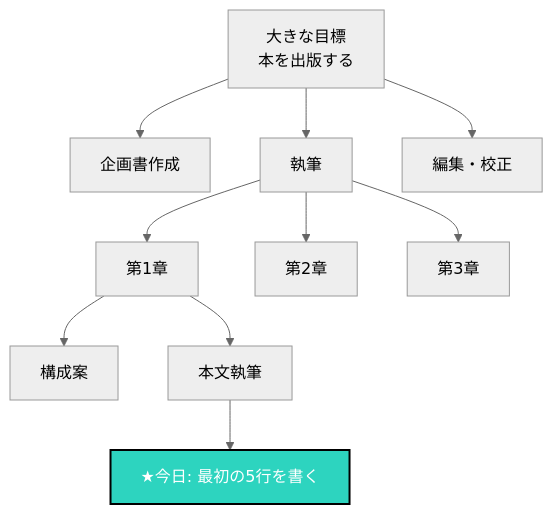
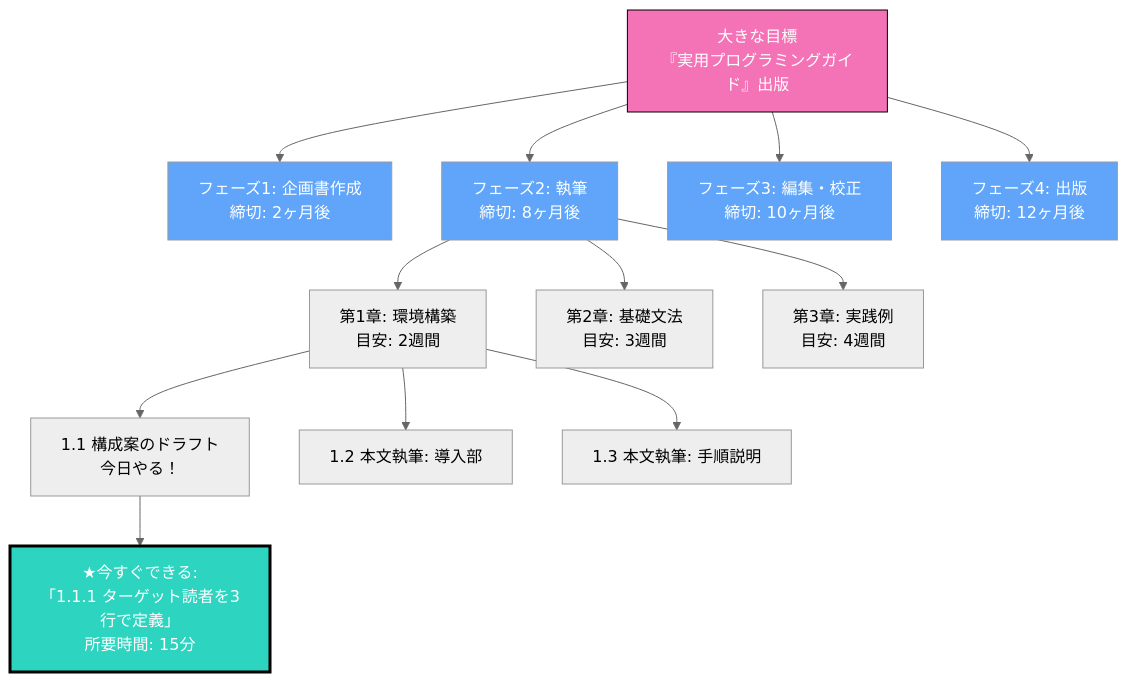
The diagram in content/blog/195-chunk-down.md (tndg16-bot/portfolio-site), drawn with Mermaid (neutral theme) before and after one commit. The commit also changed other lines of this file and 19 other files, not shown here.

````diff
--- a/content/blog/195-chunk-down.md
+++ b/content/blog/195-chunk-down.md
@@ -30,19 +33,26 @@
 ```mermaid
 graph TD
-    Big[大きな目標<br>本を出版する]
+    Big[大きな目標<br/>『実用プログラミングガイド』出版]
     
-    Big --> M1[企画書作成]
-    Big --> M2[執筆]
-    Big --> M3[編集・校正]
+    Big --> M1[フェーズ1: 企画書作成<br/>締切: 2ヶ月後]
+    Big --> M2[フェーズ2: 執筆<br/>締切: 8ヶ月後]
+    Big --> M3[フェーズ3: 編集・校正<br/>締切: 10ヶ月後]
+    Big --> M4[フェーズ4: 出版<br/>締切: 12ヶ月後]
     
-    M2 --> T1[第1章]
-    M2 --> T2[第2章]
-    M2 --> T3[第3章]
+    M2 --> T1[第1章: 環境構築<br/>目安: 2週間]
+    M2 --> T2[第2章: 基礎文法<br/>目安: 3週間]
+    M2 --> T3[第3章: 実践例<br/>目安: 4週間]
     
-    T1 --> A1[構成案]
-    T1 --> A2[本文執筆]
+    T1 --> A1[1.1 構成案のドラフト<br/>今日やる！]
+    T1 --> A2[1.2 本文執筆: 導入部]
+    T1 --> A3[1.3 本文執筆: 手順説明]
     
-    A2 --> Now[★今日: 最初の5行を書く]
+    A1 --> Now[★今すぐできる:<br/>「1.1.1 ターゲット読者を3行で定義」<br/>所要時間: 15分]
     
-    style Now fill:#2dd4bf,color:#fff,stroke:#000,stroke-width:2px
+    style Now fill:#2dd4bf,color:#fff,stroke:#000,stroke-width:3px
+    style Big fill:#f472b6,color:#fff,stroke:#000
+    style M1 fill:#60a5fa,color:#fff
+    style M2 fill:#60a5fa,color:#fff
+    style M3 fill:#60a5fa,color:#fff
+    style M4 fill:#60a5fa,color:#fff
 ```
````
